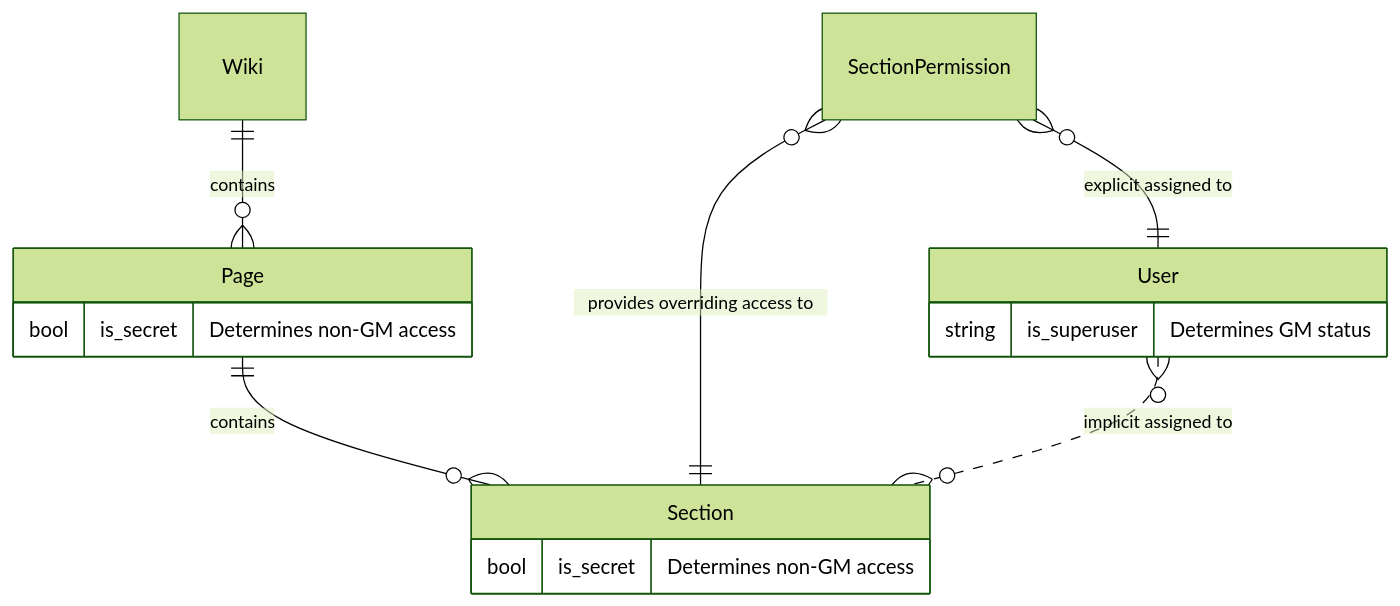
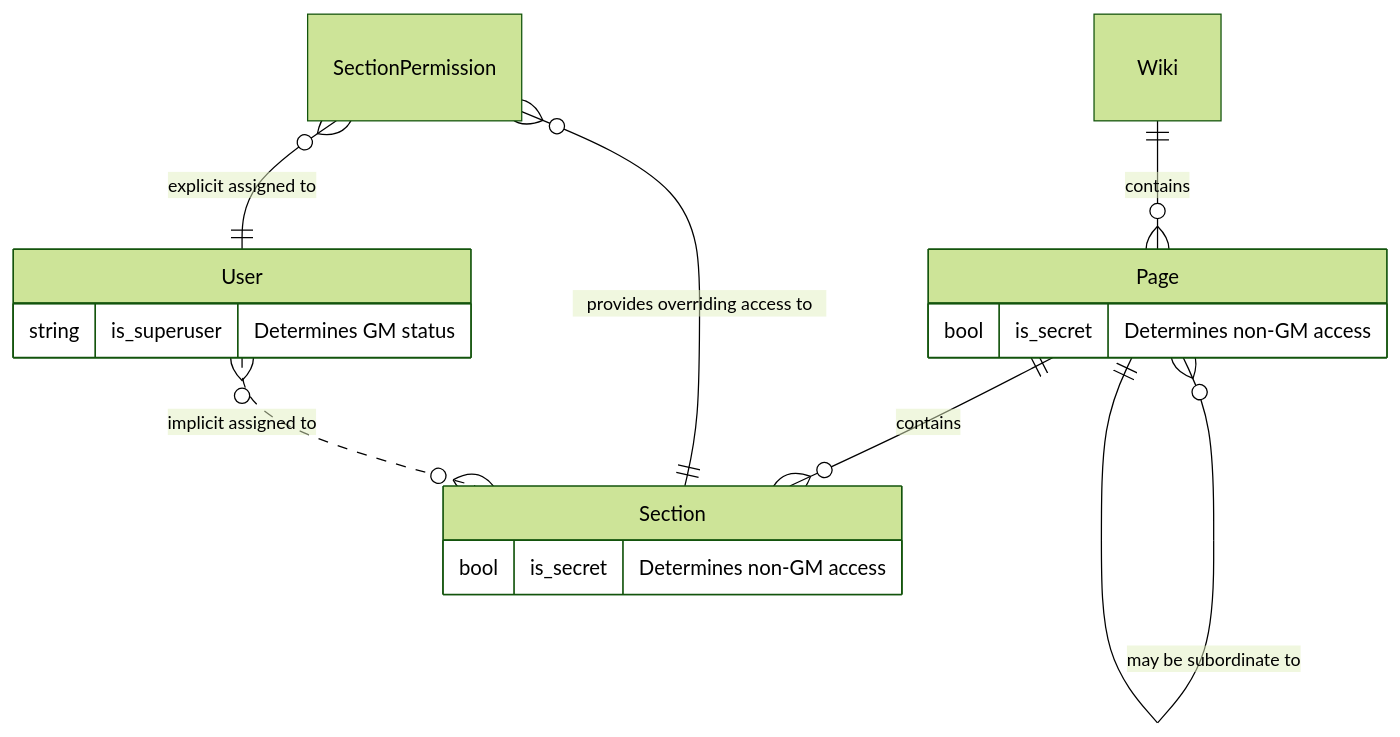
The diagram in docs/data_model.md (raymondberg/secret_wiki), drawn with Mermaid (forest theme) before and after one commit.

Commit message:
Add page hierarchy to data model

````diff
--- a/docs/data_model.md
+++ b/docs/data_model.md
@@ -5,19 +5,20 @@
 ```mermaid
 erDiagram
     Wiki ||--o{ Page: contains
     Page {
         bool is_secret  "Determines non-GM access"
     }
+    Page }o--|| Page : "may be subordinate to"
     Page ||--o{ Section : contains
     Section {
         bool is_secret  "Determines non-GM access"
     }
 
     SectionPermission }o--|| Section : "provides overriding access to"
 
     SectionPermission }o--|| User : "explicit assigned to"
     User }o..o{ Section : "implicit assigned to"
     User {
         string is_superuser "Determines GM status"
     }
 ```
````
